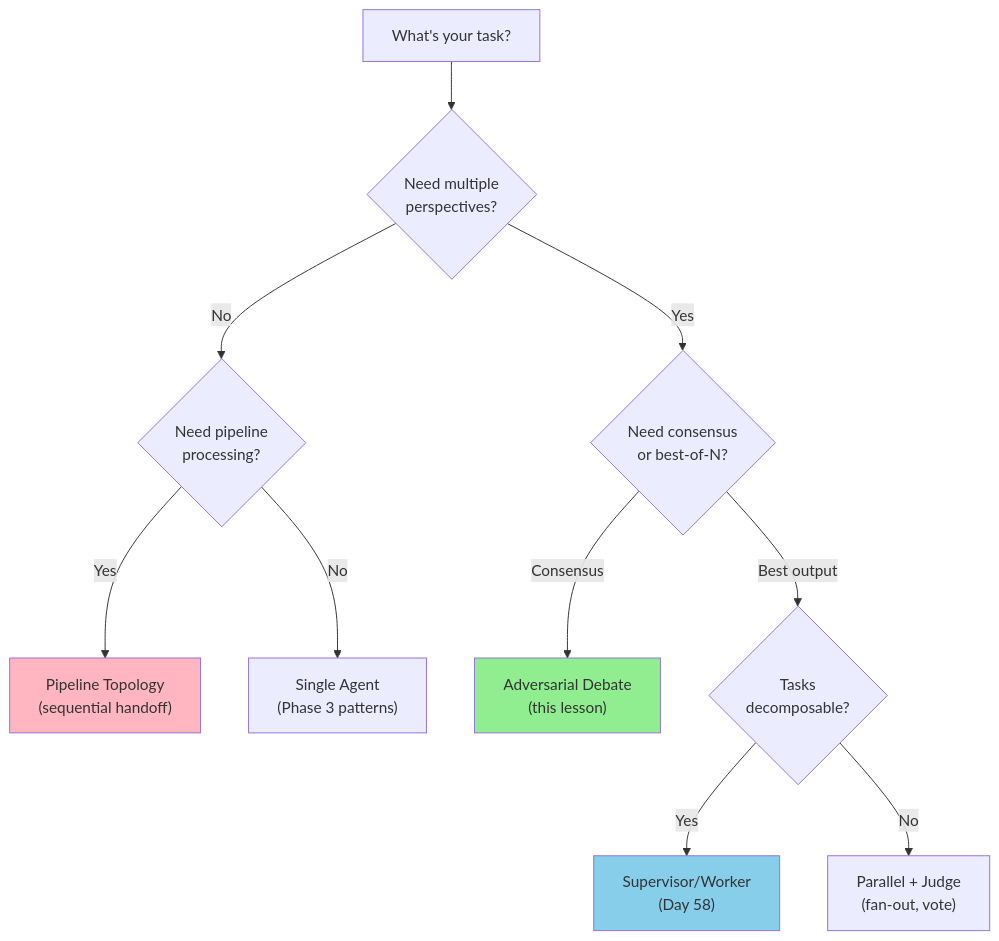
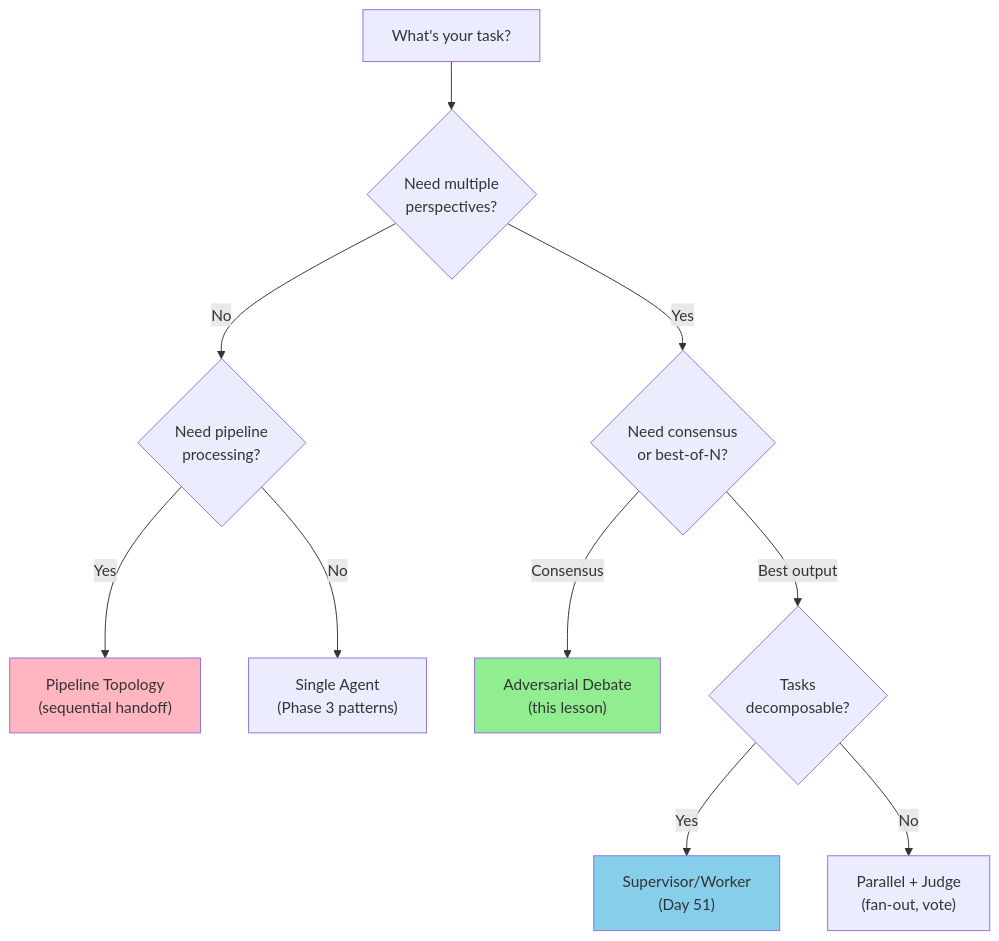
The third of 5 diagrams in Phase_4_Multi_Agent_Systems/Day_052_adversarial_debate/adversarial_debate.md (akshkr/akashnotes), drawn with Mermaid before and after one commit. The commit also changed other lines of this file and 64 other files, not shown here.

````diff
--- a/Phase_4_Multi_Agent_Systems/Day_052_adversarial_debate/adversarial_debate.md
+++ b/Phase_4_Multi_Agent_Systems/Day_052_adversarial_debate/adversarial_debate.md
@@ -60,19 +60,19 @@
 ```mermaid
 flowchart TD
     A["What's your task?"] --> B{"Need multiple\nperspectives?"}
     B -->|No| C{"Need pipeline\nprocessing?"}
     B -->|Yes| D{"Need consensus\nor best-of-N?"}
 
     C -->|Yes| E["Pipeline Topology\n(sequential handoff)"]
     C -->|No| F["Single Agent\n(Phase 3 patterns)"]
 
     D -->|Consensus| G["Adversarial Debate\n(this lesson)"]
     D -->|Best output| H{"Tasks\ndecomposable?"}
 
-    H -->|Yes| I["Supervisor/Worker\n(Day 58)"]
+    H -->|Yes| I["Supervisor/Worker\n(Day 51)"]
     H -->|No| J["Parallel + Judge\n(fan-out, vote)"]
 
     style G fill:#90EE90
     style I fill:#87CEEB
     style E fill:#FFB6C1
 ```
````
